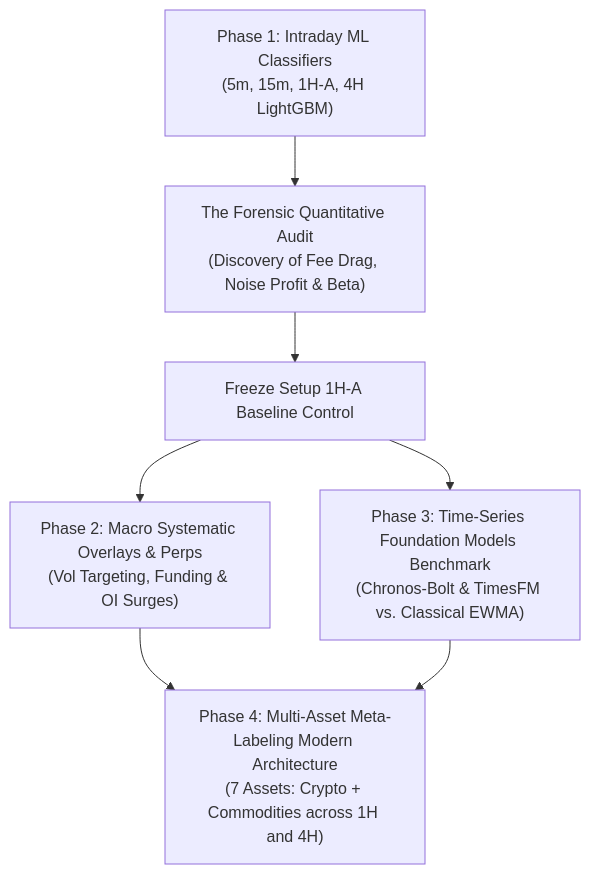
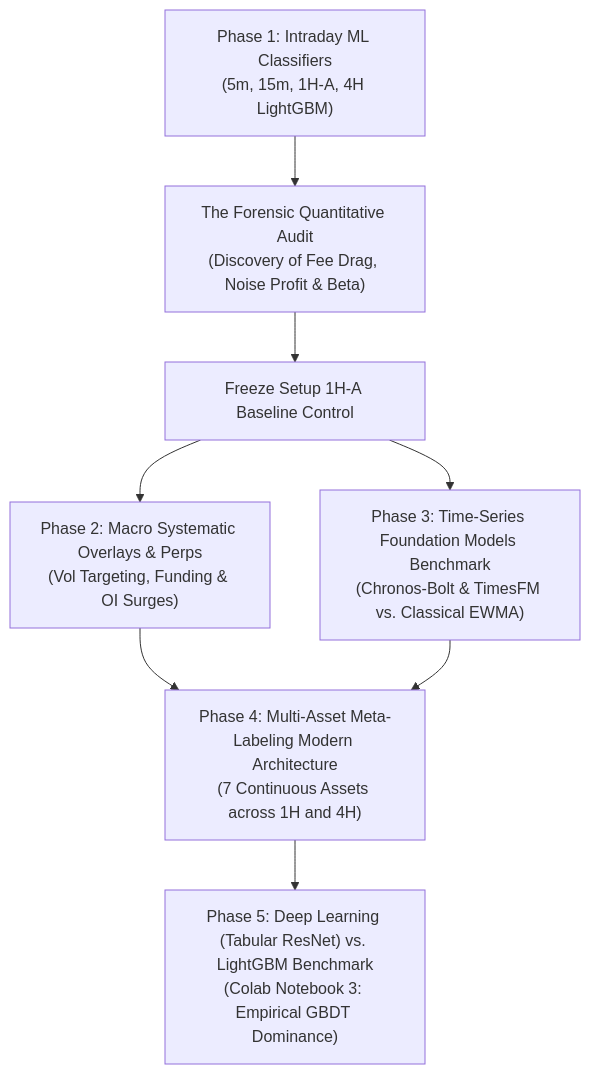
The first of 3 diagrams in docs/MASTER_SYSTEM_ARCHITECTURE_AND_RESEARCH_DOSSIER.md (AnshulParate2004/Trader-Pro-Dashboard), drawn with Mermaid before and after one commit. The commit also changed other lines of this file and 3 other files, not shown here.

Commit message:
docs: synchronize master architecture, scorecard, CME decommissioning, and deep learning benchmark findings

````diff
--- a/docs/MASTER_SYSTEM_ARCHITECTURE_AND_RESEARCH_DOSSIER.md
+++ b/docs/MASTER_SYSTEM_ARCHITECTURE_AND_RESEARCH_DOSSIER.md
@@ -47,8 +49,9 @@
 ```mermaid
 flowchart TD
     E1["Phase 1: Intraday ML Classifiers<br/>(5m, 15m, 1H-A, 4H LightGBM)"] --> AUDIT["The Forensic Quantitative Audit<br/>(Discovery of Fee Drag, Noise Profit & Beta)"]
     AUDIT --> FREEZE["Freeze Setup 1H-A Baseline Control"]
     FREEZE --> E2["Phase 2: Macro Systematic Overlays & Perps<br/>(Vol Targeting, Funding & OI Surges)"]
     FREEZE --> E3["Phase 3: Time-Series Foundation Models Benchmark<br/>(Chronos-Bolt & TimesFM vs. Classical EWMA)"]
-    E2 & E3 --> E4["Phase 4: Multi-Asset Meta-Labeling Modern Architecture<br/>(7 Assets: Crypto + Commodities across 1H and 4H)"]
+    E2 & E3 --> E4["Phase 4: Multi-Asset Meta-Labeling Modern Architecture<br/>(7 Continuous Assets across 1H and 4H)"]
+    E4 --> E5["Phase 5: Deep Learning (Tabular ResNet) vs. LightGBM Benchmark<br/>(Colab Notebook 3: Empirical GBDT Dominance)"]
 ```
````
